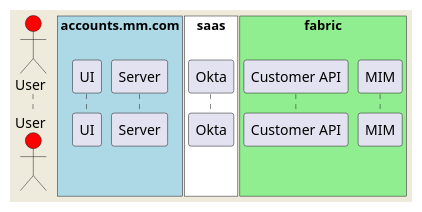
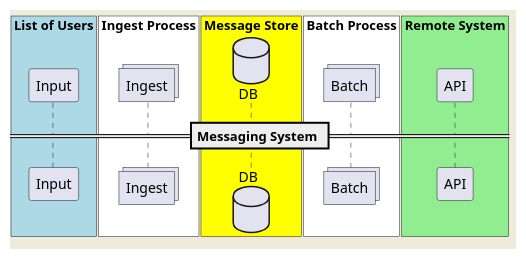
One commit to mczabaj/SessionM changed the diagram in MessageSystem/Actors.puml. Above: the diagram before and after it, drawn with PlantUML. The commit also changed 1 other file, not shown here.

Commit message:
added a little plant uml for the messaging system design

```diff
--- a/MessageSystem/Actors.puml
+++ b/MessageSystem/Actors.puml
@@ -1,17 +1,23 @@
 skinparam backgroundColor #EEEBDC
 
-actor User #red
+== Messaging System ==
 
-box "accounts.mm.com" #LightBlue
-  participant UI
-  participant Server
+box "List of Users" #LightBlue
+  participant Input
 end box
 
-box "saas" #White
-  participant Okta
+box "Ingest Process" #White
+  collections Ingest
 end box
 
-box "fabric" #LightGreen
-  participant "Customer API" as CAPI
-  participant MIM
+box "Message Store" #Yellow
+  database DB
 end box
+
+box "Batch Process" #White
+  collections Batch
+end box
+
+box "Remote System" #LightGreen
+  participant API
+end box
```
